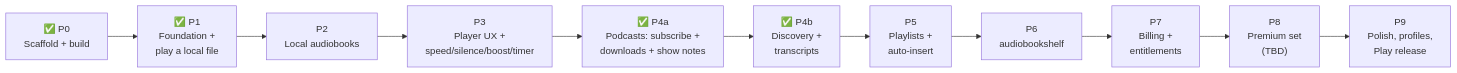
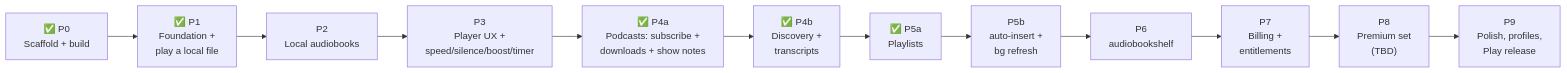
One commit to ricetim/orator changed the seventh of 7 diagrams in docs/architecture.md. Above: the diagram before and after it, drawn with Mermaid. The commit also changed other lines of this file, not shown here.

Commit message:
docs: roadmap — Phase 5a (playlists) complete, 5b next

````diff
--- a/docs/architecture.md
+++ b/docs/architecture.md
@@ -616,13 +616,14 @@
 ```mermaid
 flowchart LR
     P0["✅ P0<br/>Scaffold + build"] --> P1["✅ P1<br/>Foundation +<br/>play a local file"]
     P1 --> P2["P2<br/>Local audiobooks"]
     P2 --> P3["P3<br/>Player UX +<br/>speed/silence/boost/timer"]
     P3 --> P4A["✅ P4a<br/>Podcasts: subscribe +<br/>downloads + show notes"]
     P4A --> P4B["✅ P4b<br/>Discovery +<br/>transcripts"]
-    P4B --> P5["P5<br/>Playlists +<br/>auto-insert"]
-    P5 --> P6["P6<br/>audiobookshelf"]
+    P4B --> P5A["✅ P5a<br/>Playlists"]
+    P5A --> P5B["P5b<br/>auto-insert +<br/>bg refresh"]
+    P5B --> P6["P6<br/>audiobookshelf"]
     P6 --> P7["P7<br/>Billing +<br/>entitlements"]
     P7 --> P8["P8<br/>Premium set<br/>(TBD)"]
     P8 --> P9["P9<br/>Polish, profiles,<br/>Play release"]
 ```
````
